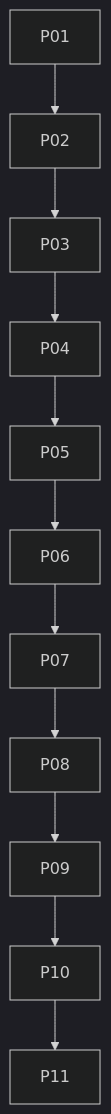
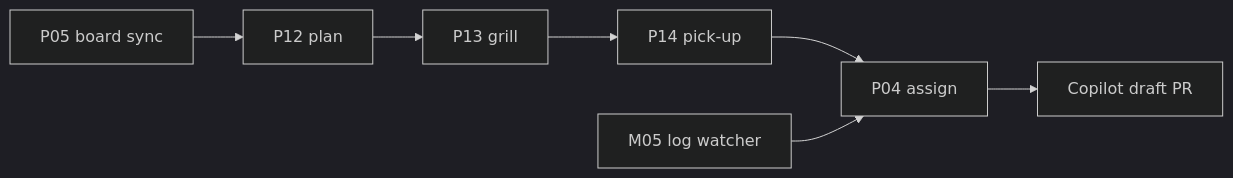
One commit to svennijhuis/agentic-workflows changed the diagram in docs/pbi/multi-repo/00-overview.md. Above: the diagram before and after it, drawn with Mermaid (dark theme). The commit also changed other lines of this file and 99 other files, not shown here.

````diff
--- a/docs/pbi/multi-repo/00-overview.md
+++ b/docs/pbi/multi-repo/00-overview.md
@@ -21,14 +24,9 @@
 ```mermaid
-flowchart TD
-  P01[P01] --> P02[P02]
-  P02[P02] --> P03[P03]
-  P03[P03] --> P04[P04]
-  P04[P04] --> P05[P05]
-  P05[P05] --> P06[P06]
-  P06[P06] --> P07[P07]
-  P07[P07] --> P08[P08]
-  P08[P08] --> P09[P09]
-  P09[P09] --> P10[P10]
-  P10[P10] --> P11[P11]
-  P11[P11]
+flowchart LR
+  P05[P05 board sync] --> P12[P12 plan]
+  P12 --> P13[P13 grill]
+  P13 --> P14[P14 pick-up]
+  P14 --> P04[P04 assign]
+  P04 --> PR[Copilot draft PR]
+  M05[M05 log watcher] --> P04
 ```
````
